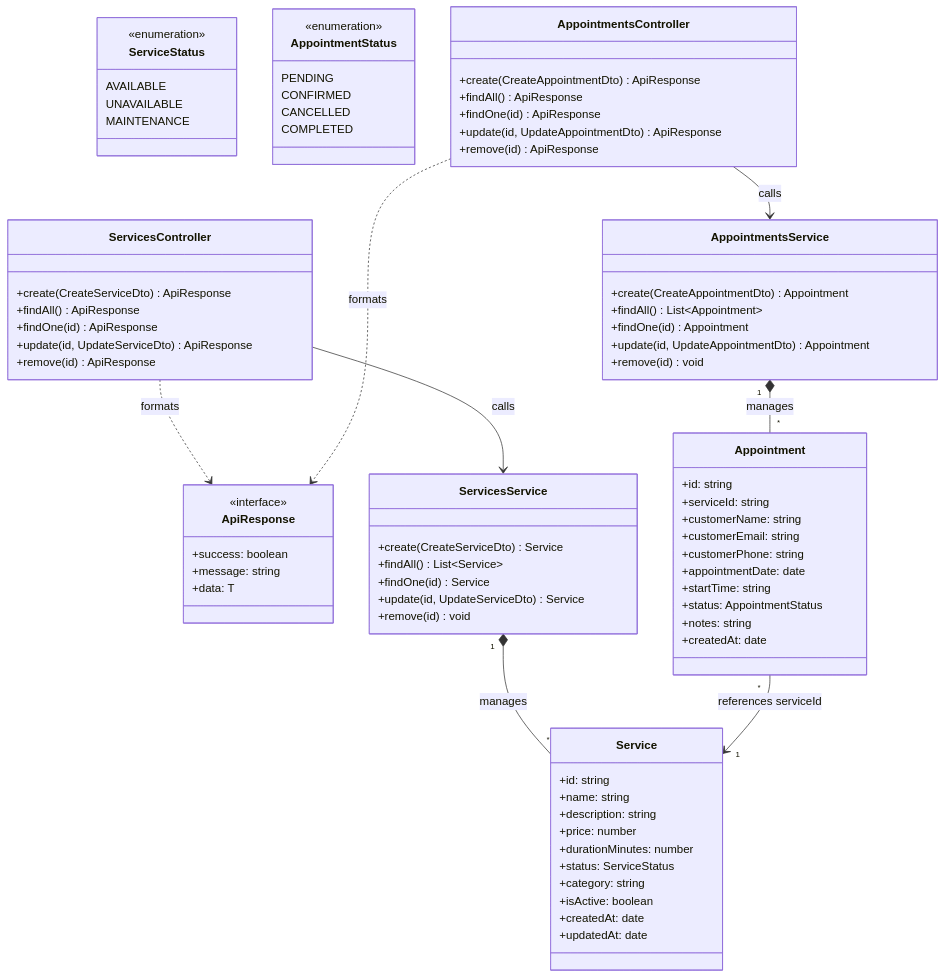
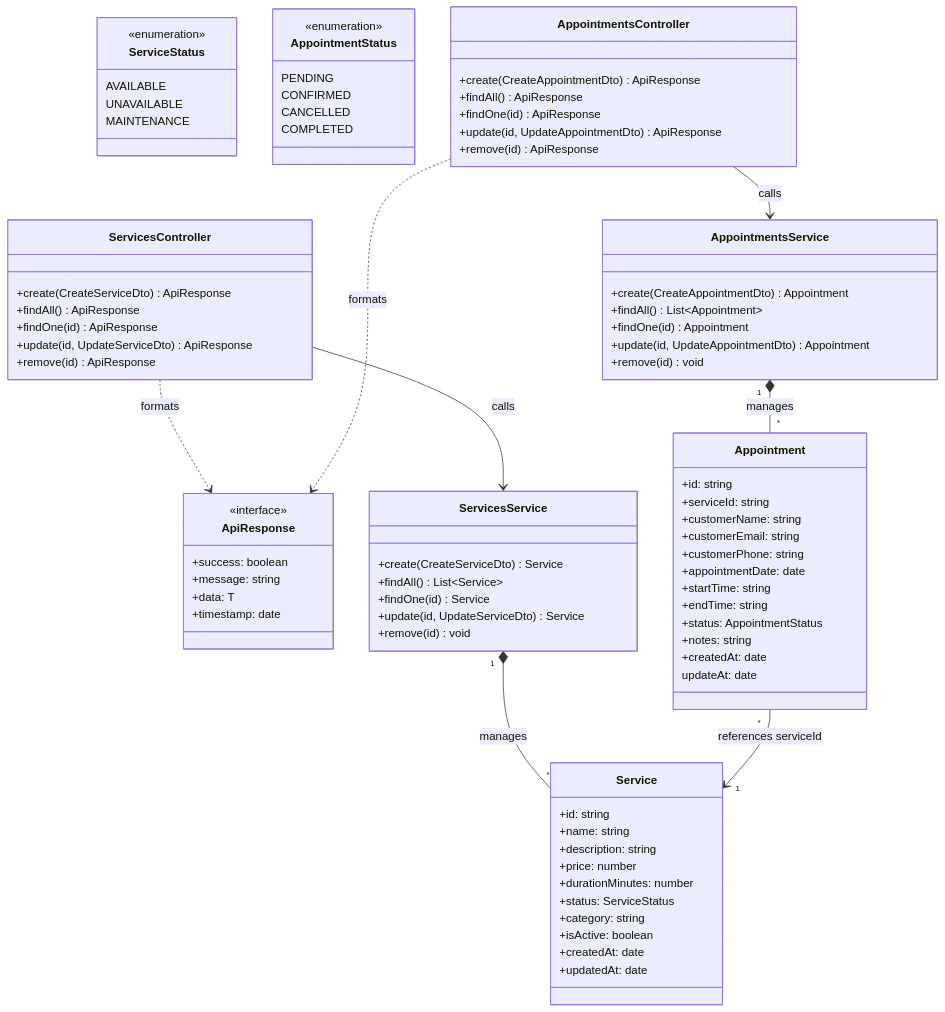
Before and after one commit to srnTone/oop-typescript-final-project-2026: the diagram in docs/UML_Diagram.md, drawn with Mermaid.

Commit message:
update UML appointment

````diff
--- a/docs/UML_Diagram.md
+++ b/docs/UML_Diagram.md
@@ -1,4 +1,4 @@
-```mermaid
+``` mermaid
 classDiagram
     direction TB
 
@@ -7,6 +7,7 @@
         +success: boolean
         +message: string
         +data: T
+        +timestamp: date
     }
 
     class ServiceStatus {
@@ -45,9 +46,11 @@
         +customerPhone: string
         +appointmentDate: date
         +startTime: string
+        +endTime: string
         +status: AppointmentStatus 
         +notes: string
         +createdAt: date
+        updateAt: date 
     }
 
     class ServicesController {
````
